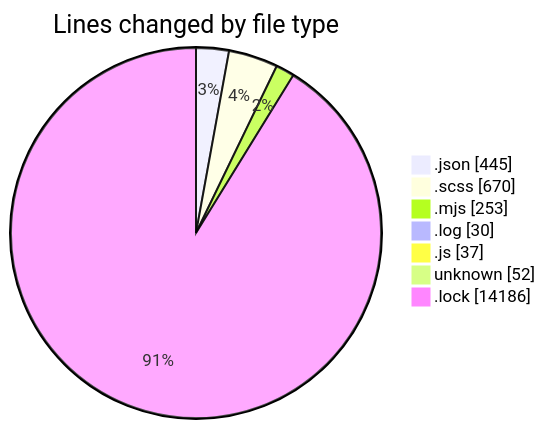
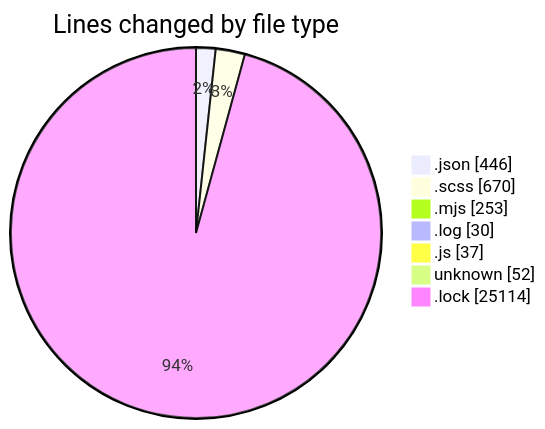
Before and after one commit to momahboobian/code-tracking: the first of 2 diagrams in 2026-08-12/cda/README.md, drawn with Mermaid. The commit also changed other lines of this file and 1 other file, not shown here.

````diff
--- a/2026-08-12/cda/README.md
+++ b/2026-08-12/cda/README.md
@@ -36,11 +37,11 @@
 ```mermaid
 pie showData
 title Lines changed by file type
-".json" : 445
+".json" : 446
 ".scss" : 670
 ".mjs" : 253
 ".log" : 30
 ".js" : 37
 "unknown" : 52
-".lock" : 14186
+".lock" : 25114
 ```
````
